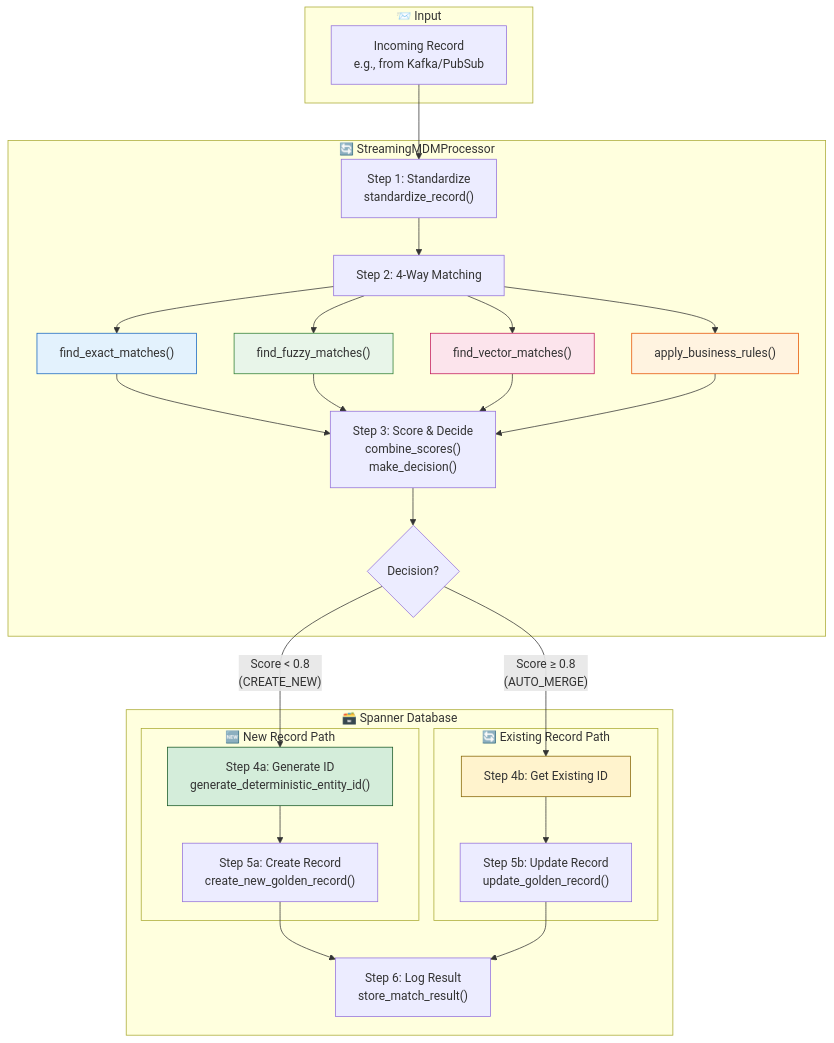
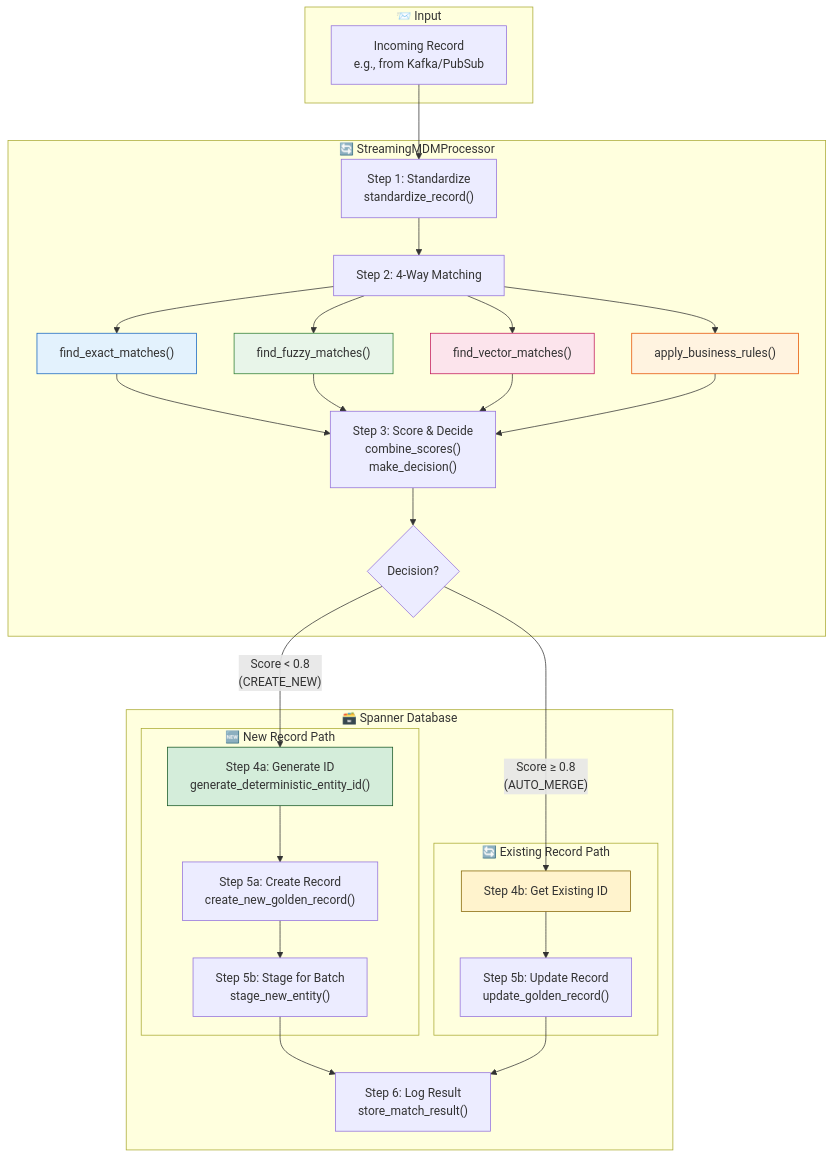
The first of 2 diagrams in streaming_mdm_gcp/MDM_STREAMING_JOURNEY.md (johanesalxd/mdm-gcp), drawn with Mermaid before and after one commit. The commit also changed 3 other files, not shown here.

````diff
--- a/streaming_mdm_gcp/MDM_STREAMING_JOURNEY.md
+++ b/streaming_mdm_gcp/MDM_STREAMING_JOURNEY.md
@@ -74,48 +74,50 @@
 ```mermaid
 flowchart TD
     subgraph Input ["📨 Input"]
         A[Incoming Record<br/>e.g., from Kafka/PubSub]
     end
 
     subgraph Processing ["🔄 StreamingMDMProcessor"]
         B["Step 1: Standardize<br/>standardize_record()"]
         C["Step 2: 4-Way Matching"]
         C1["find_exact_matches()"]
         C2["find_fuzzy_matches()"]
         C3["find_vector_matches()"]
         C4["apply_business_rules()"]
         D["Step 3: Score & Decide<br/>combine_scores()<br/>make_decision()"]
         E{Decision?}
     end
 
     subgraph SpannerDB ["🗃️ Spanner Database"]
         subgraph New ["🆕 New Record Path"]
             F_NEW["Step 4a: Generate ID<br/>generate_deterministic_entity_id()"]
             G_NEW["Step 5a: Create Record<br/>create_new_golden_record()"]
+            I_NEW["Step 5b: Stage for Batch<br/>stage_new_entity()"]
         end
         subgraph Merge ["🔄 Existing Record Path"]
             F_MERGE["Step 4b: Get Existing ID"]
             G_MERGE["Step 5b: Update Record<br/>update_golden_record()"]
         end
         H["Step 6: Log Result<br/>store_match_result()"]
     end
 
     A --> B
     B --> C
     C --> C1 & C2 & C3 & C4
     C1 & C2 & C3 & C4 --> D
     D --> E
     E -- "Score < 0.8<br/>(CREATE_NEW)" --> F_NEW
     E -- "Score ≥ 0.8<br/>(AUTO_MERGE)" --> F_MERGE
     F_NEW --> G_NEW
     F_MERGE --> G_MERGE
-    G_NEW --> H
+    G_NEW --> I_NEW
+    I_NEW --> H
     G_MERGE --> H
 
     style F_NEW fill:#d4edda,stroke:#155724
     style F_MERGE fill:#fff3cd,stroke:#856404
     style C1 fill:#e3f2fd,stroke:#1565c0
     style C2 fill:#e8f5e9,stroke:#2e7d32
     style C3 fill:#fce4ec,stroke:#c2185b
     style C4 fill:#fff3e0,stroke:#e65100
 ```
````
